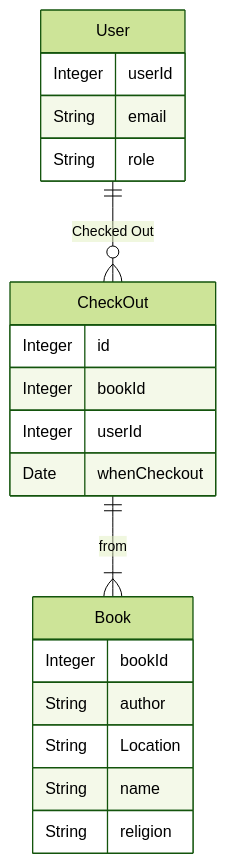
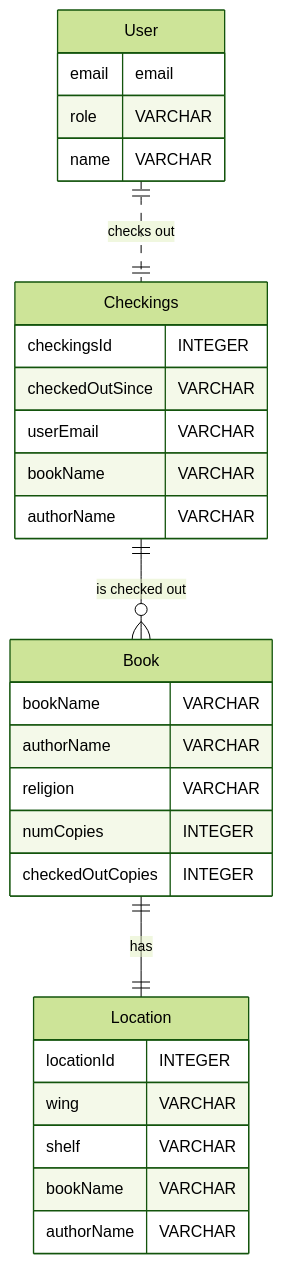
Before and after one commit to dmavani25/DivineManuscriptsDB: the diagram in docs/phase2.md, drawn with Mermaid (forest theme). The commit also changed other lines of this file, not shown here.

````diff
--- a/docs/phase2.md
+++ b/docs/phase2.md
@@ -12,23 +12,37 @@
 ```mermaid
 erDiagram
-    User ||--o{ CheckOut : "Checked Out"
+    User ||..|| Checkings : "checks out"
+    Checkings ||--o{ Book : "is checked out"
+    Book ||--|| Location : "has"
+    
     User {
-        Integer userId
-        String email
-        String role
+        email email
+        role VARCHAR
+        name VARCHAR
     }
-    CheckOut ||--|{ Book : "from"
-    CheckOut {
-        Integer id
-        Integer bookId
-        Integer userId
-        Date whenCheckout
+
+    Book {
+        bookName VARCHAR
+        authorName VARCHAR
+        religion VARCHAR
+        numCopies INTEGER
+        checkedOutCopies INTEGER
     }
-    Book {
-        Integer bookId
-        String author
-        String Location
-        String name
-        String religion
+
+    Checkings {
+        checkingsId INTEGER
+        checkedOutSince VARCHAR
+        userEmail VARCHAR
+        bookName VARCHAR
+        authorName VARCHAR
     }
+
+    Location {
+        locationId INTEGER
+        wing VARCHAR
+        shelf VARCHAR
+        bookName VARCHAR
+        authorName VARCHAR
+    }
+
 ```
````
